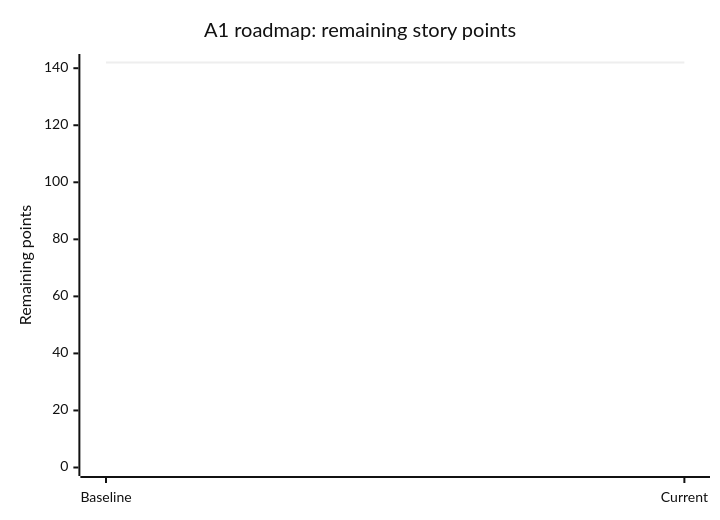
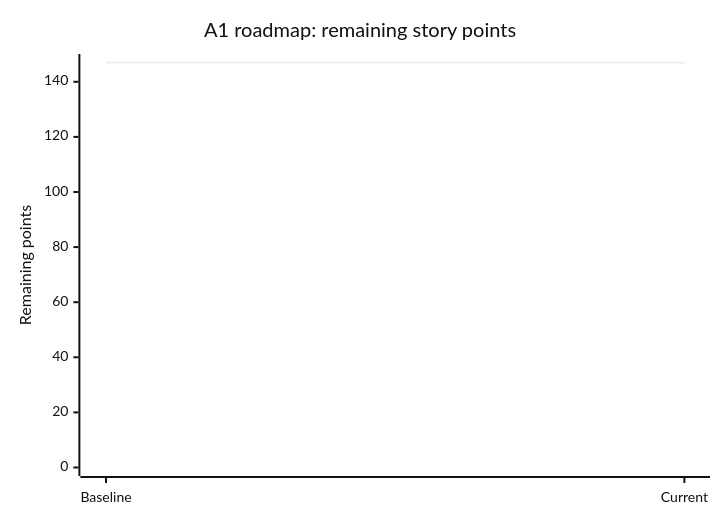
The diagram in lumina-spanish/ROADMAP_A1.md (DKB2016/lumina-spanish), drawn with Mermaid (neutral theme) before and after one commit. The commit also changed other lines of this file, not shown here.

Commit message:
docs(roadmap): track unit grading issue and revise backlog to 147 points

````diff
--- a/lumina-spanish/ROADMAP_A1.md
+++ b/lumina-spanish/ROADMAP_A1.md
@@ -7,7 +7,7 @@
 ```mermaid
 xychart-beta
   title "A1 roadmap: remaining story points"
   x-axis ["Baseline", "Current"]
-  y-axis "Remaining points" 0 --> 142
-  line [142, 142]
+  y-axis "Remaining points" 0 --> 147
+  line [147, 147]
 ```
````
